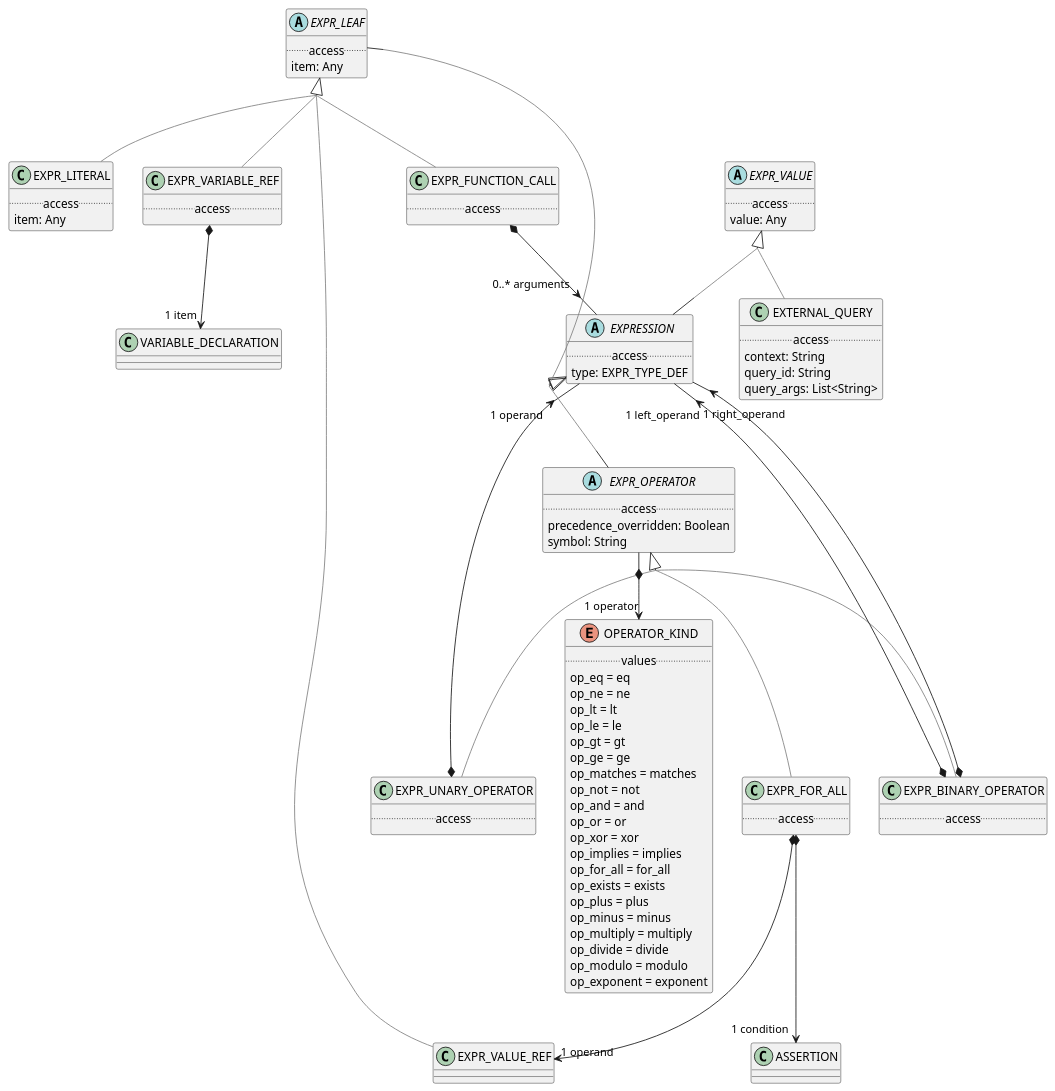
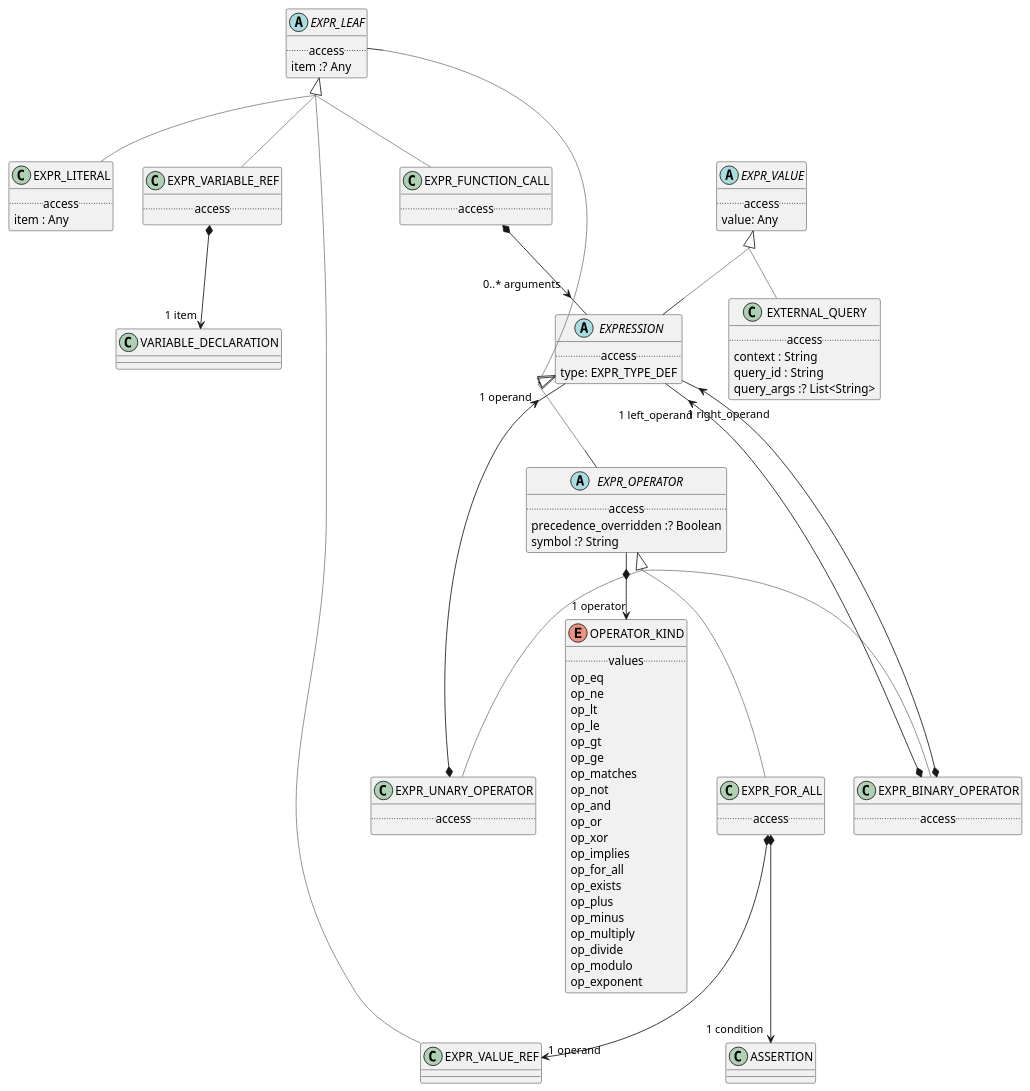
The diagram in modules/ROOT/examples/bmm/languages/bel/expression/expression-package-uml.adoc (wolandscat/openehr-doc), drawn with PlantUML before and after one commit. The commit also changed 1814 other files, not shown here.

```diff
--- a/modules/ROOT/examples/bmm/languages/bel/expression/expression-package-uml.adoc
+++ b/modules/ROOT/examples/bmm/languages/bel/expression/expression-package-uml.adoc
@@ -17,7 +17,7 @@
 
 class EXPR_LITERAL [[/openehr-doc/latest/languages/bel-gen.html#_class_expr_literal]] {
         .. access ..
-        item: Any
+        item : Any
 }
 
 EXPR_LITERAL -[#gray]up-|> EXPR_LEAF  
@@ -25,26 +25,26 @@
 
 enum OPERATOR_KIND [[/openehr-doc/latest/languages/bel-gen.html#_class_operator_kind]] {
         .. values ..
-        op_eq = eq
-        op_ne = ne
-        op_lt = lt
-        op_le = le
-        op_gt = gt
-        op_ge = ge
-        op_matches = matches
-        op_not = not
-        op_and = and
-        op_or = or
-        op_xor = xor
-        op_implies = implies
-        op_for_all = for_all
-        op_exists = exists
-        op_plus = plus
-        op_minus = minus
-        op_multiply = multiply
-        op_divide = divide
-        op_modulo = modulo
-        op_exponent = exponent
+        op_eq
+        op_ne
+        op_lt
+        op_le
+        op_gt
+        op_ge
+        op_matches
+        op_not
+        op_and
+        op_or
+        op_xor
+        op_implies
+        op_for_all
+        op_exists
+        op_plus
+        op_minus
+        op_multiply
+        op_divide
+        op_modulo
+        op_exponent
 }
 
 class EXPR_VARIABLE_REF [[/openehr-doc/latest/languages/bel-gen.html#_class_expr_variable_ref]] {
@@ -72,7 +72,6 @@
         value: Any
 }
 
-
 abstract class EXPRESSION [[/openehr-doc/latest/languages/bel-gen.html#_class_expression]] {
         .. access ..
         type: EXPR_TYPE_DEF
@@ -83,7 +82,7 @@
 
 abstract class EXPR_LEAF [[/openehr-doc/latest/languages/bel-gen.html#_class_expr_leaf]] {
         .. access ..
-        item: Any
+        item :? Any
 }
 
 EXPR_LEAF -[#gray]up-|> EXPRESSION  
@@ -91,8 +90,8 @@
 
 abstract class EXPR_OPERATOR [[/openehr-doc/latest/languages/bel-gen.html#_class_expr_operator]] {
         .. access ..
-        precedence_overridden: Boolean
-        symbol: String
+        precedence_overridden :? Boolean
+        symbol :? String
 }
 
 EXPR_OPERATOR -[#gray]up-|> EXPRESSION  
@@ -113,9 +112,9 @@
 
 class EXTERNAL_QUERY [[/openehr-doc/latest/languages/bel-gen.html#_class_external_query]] {
         .. access ..
-        context: String
-        query_id: String
-        query_args: List<String>
+        context : String
+        query_id : String
+        query_args :? List<String>
 }
 
 EXTERNAL_QUERY -[#gray]up-|> EXPR_VALUE  
```
